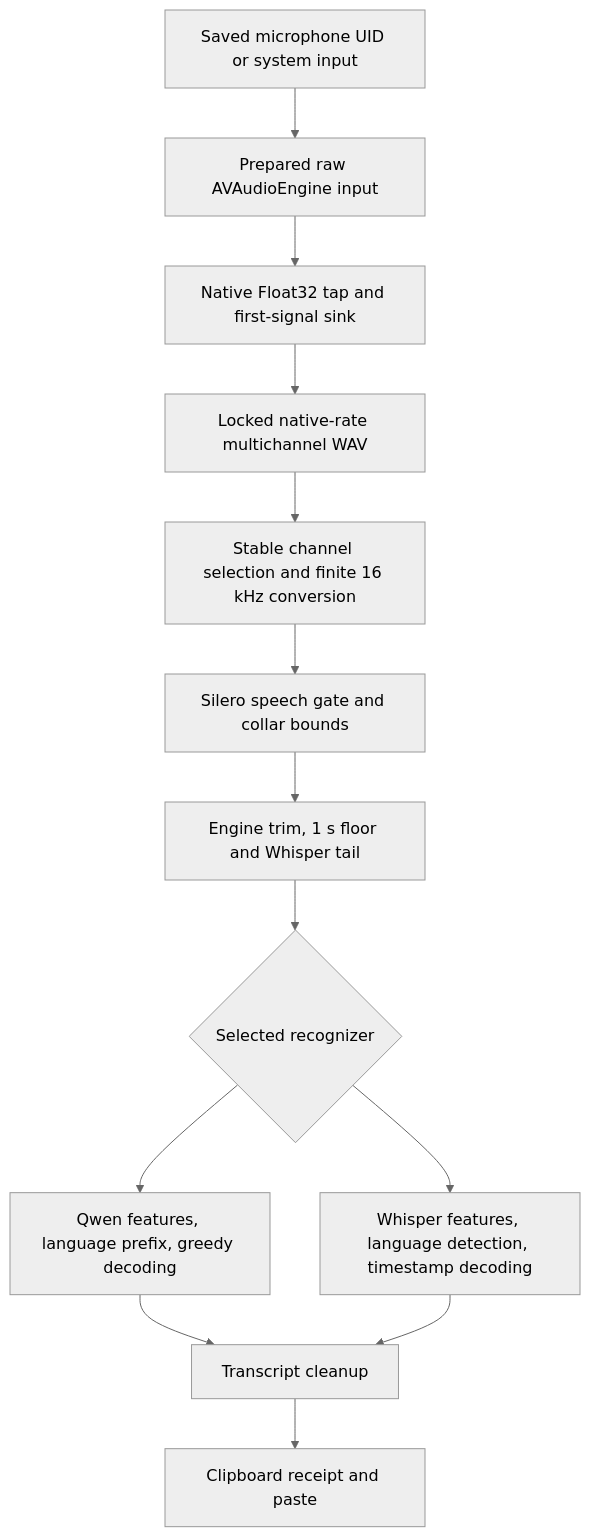
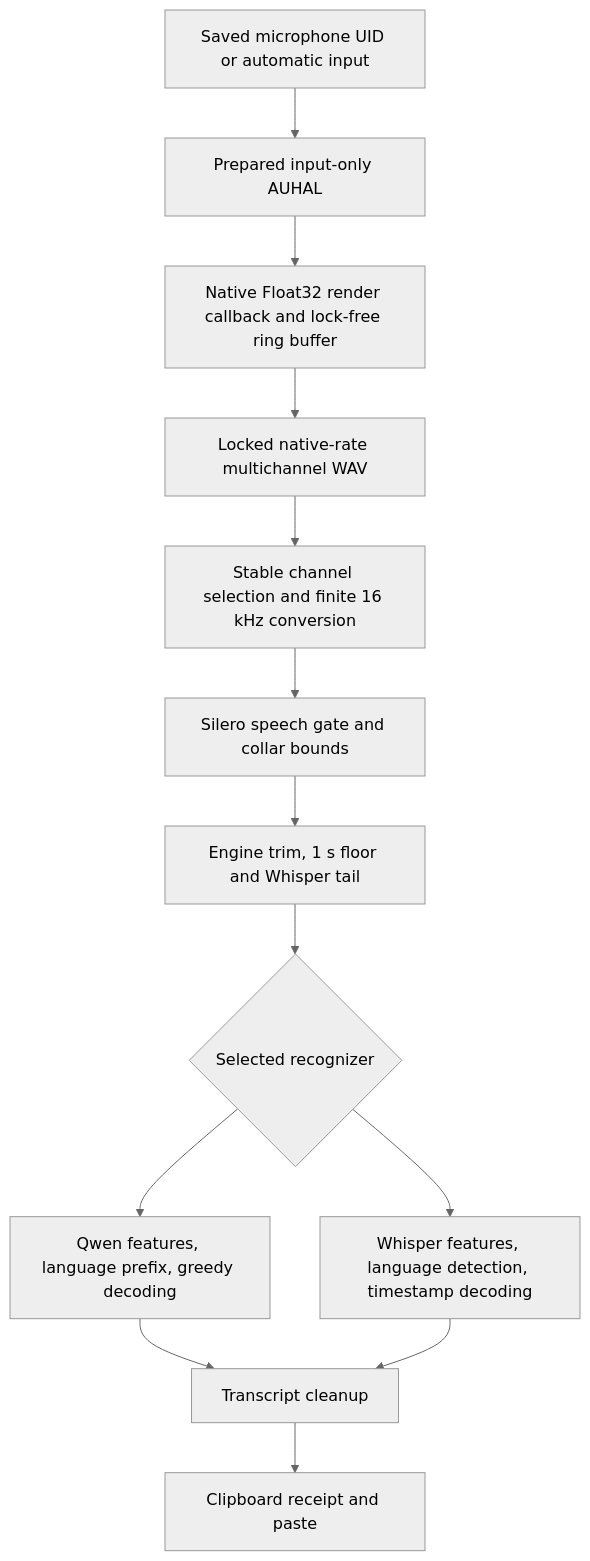
Before and after one commit to wiltodelta/translate-like-me: the diagram in docs/dictation-audio-pipeline.md, drawn with Mermaid (neutral theme). The commit also changed other lines of this file and 12 other files, not shown here.

Commit message:
Use input-only AUHAL for dictation to isolate Bluetooth headphones

````diff
--- a/docs/dictation-audio-pipeline.md
+++ b/docs/dictation-audio-pipeline.md
@@ -38,15 +38,15 @@
 ```mermaid
 flowchart TD
-    A[Saved microphone UID or system input] --> B[Prepared raw AVAudioEngine input]
-    B --> C[Native Float32 tap and first-signal sink]
+    A[Saved microphone UID or automatic input] --> B[Prepared input-only AUHAL]
+    B --> C[Native Float32 render callback and lock-free ring buffer]
     C --> D[Locked native-rate multichannel WAV]
     D --> E[Stable channel selection and finite 16 kHz conversion]
     E --> F[Silero speech gate and collar bounds]
     F --> G[Engine trim, 1 s floor and Whisper tail]
     G --> H{Selected recognizer}
     H --> I[Qwen features, language prefix, greedy decoding]
     H --> J[Whisper features, language detection, timestamp decoding]
     I --> K[Transcript cleanup]
     J --> K
     K --> L[Clipboard receipt and paste]
 ```
````
